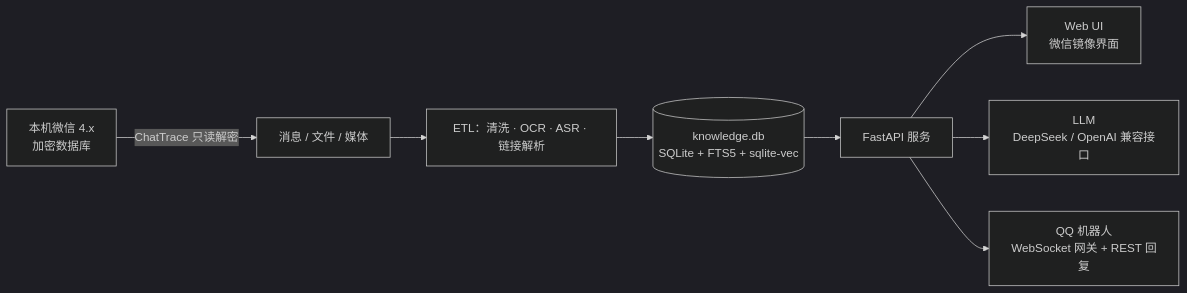
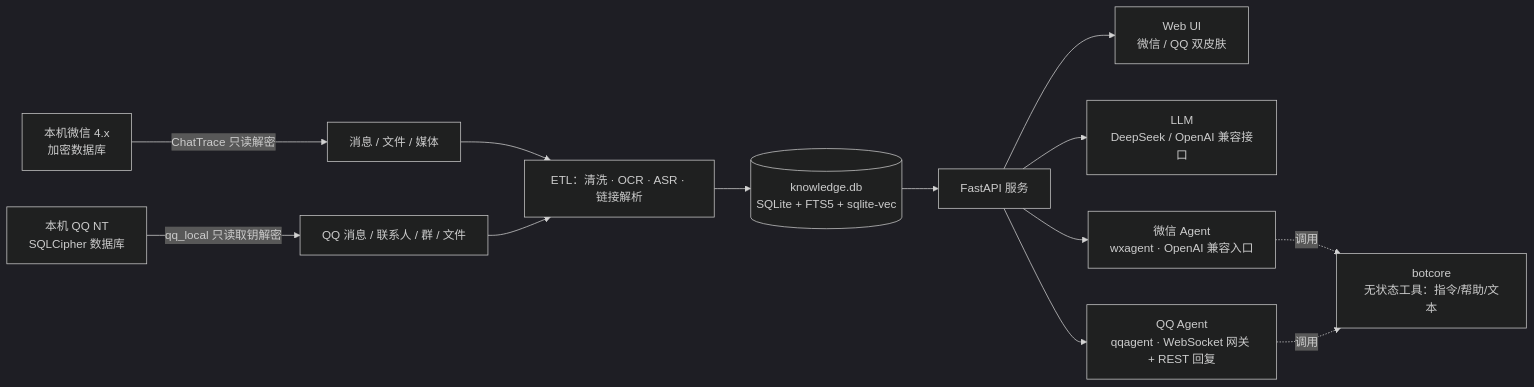
Before and after one commit to rhouselyn/qwent: the diagram in README.md, drawn with Mermaid (dark theme). The commit also changed other lines of this file and 27 other files, not shown here.

````diff
--- a/README.md
+++ b/README.md
@@ -87,10 +98,15 @@
 ```mermaid
 flowchart LR
   A[本机微信 4.x<br/>加密数据库] -->|ChatTrace 只读解密| B[消息 / 文件 / 媒体]
+  Q[本机 QQ NT<br/>SQLCipher 数据库] -->|qq_local 只读取钥解密| B2[QQ 消息 / 联系人 / 群 / 文件]
   B --> C[ETL：清洗 · OCR · ASR · 链接解析]
+  B2 --> C
   C --> D[(knowledge.db<br/>SQLite + FTS5 + sqlite-vec)]
   D --> E[FastAPI 服务]
-  E --> F[Web UI<br/>微信镜像界面]
+  E --> F[Web UI<br/>微信 / QQ 双皮肤]
   E --> G[LLM<br/>DeepSeek / OpenAI 兼容接口]
-  E --> H[QQ 机器人<br/>WebSocket 网关 + REST 回复]
+  E --> W[微信 Agent<br/>wxagent · OpenAI 兼容入口]
+  E --> H[QQ Agent<br/>qqagent · WebSocket 网关 + REST 回复]
+  W -. 调用 .-> I[botcore<br/>无状态工具：指令/帮助/文本]
+  H -. 调用 .-> I
 ```
````
